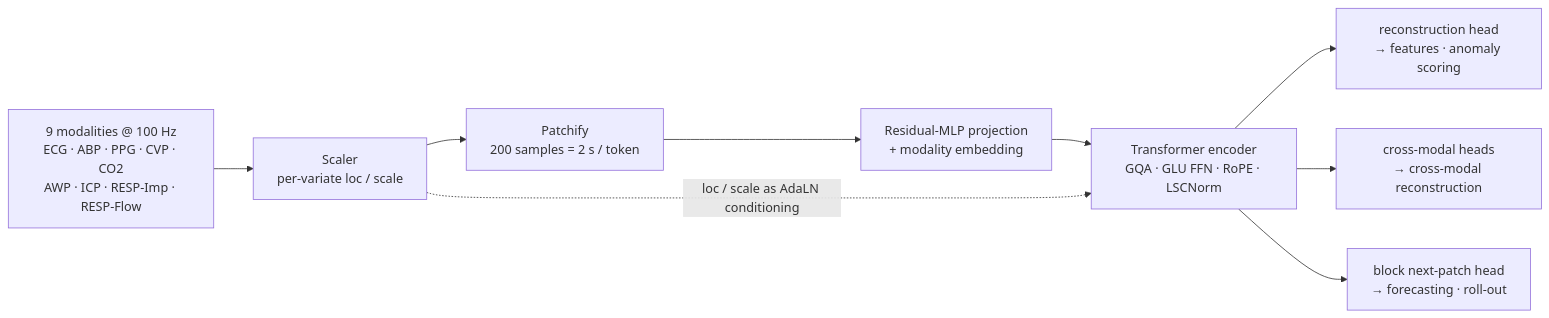
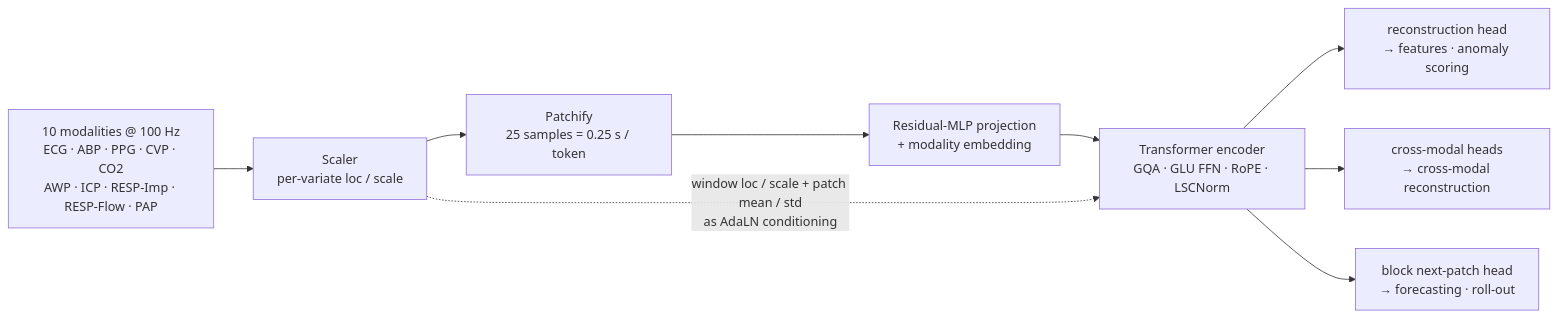
The diagram in README.md (dlcjfgmlnasa/CARMEN), drawn with Mermaid before and after one commit. The commit also changed other lines of this file and 9 other files, not shown here.

````diff
--- a/README.md
+++ b/README.md
@@ -20,12 +24,12 @@
 ```mermaid
 flowchart LR
-  IN["9 modalities @ 100 Hz<br/>ECG · ABP · PPG · CVP · CO2<br/>AWP · ICP · RESP-Imp · RESP-Flow"]
+  IN["10 modalities @ 100 Hz<br/>ECG · ABP · PPG · CVP · CO2<br/>AWP · ICP · RESP-Imp · RESP-Flow · PAP"]
   IN --> SC["Scaler<br/>per-variate loc / scale"]
-  SC --> PT["Patchify<br/>200 samples = 2 s / token"]
+  SC --> PT["Patchify<br/>25 samples = 0.25 s / token"]
   PT --> PE["Residual-MLP projection<br/>+ modality embedding"]
   PE --> TR["Transformer encoder<br/>GQA · GLU FFN · RoPE · LSCNorm"]
-  SC -.->|"loc / scale as AdaLN conditioning"| TR
+  SC -.->|"window loc / scale + patch mean / std<br/>as AdaLN conditioning"| TR
   TR --> O1["reconstruction head<br/>→ features · anomaly scoring"]
   TR --> O2["cross-modal heads<br/>→ cross-modal reconstruction"]
   TR --> O3["block next-patch head<br/>→ forecasting · roll-out"]
 ```
````
